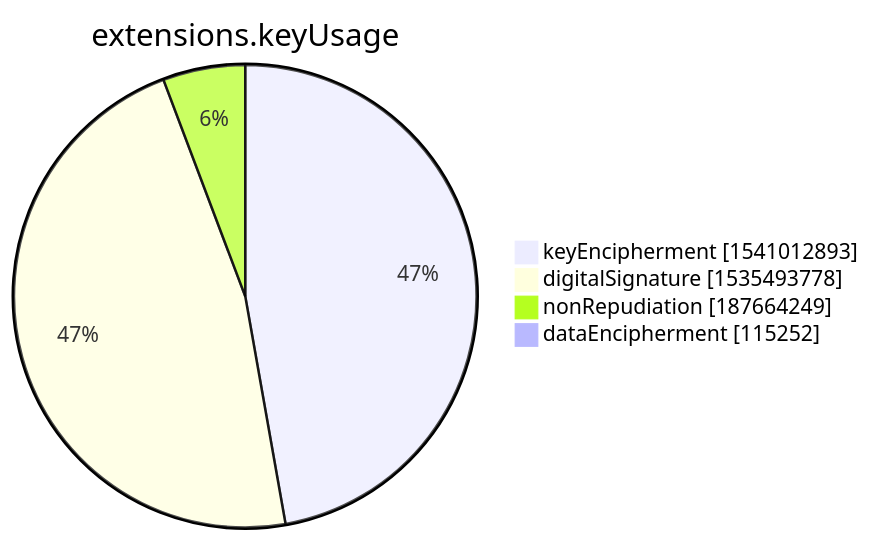
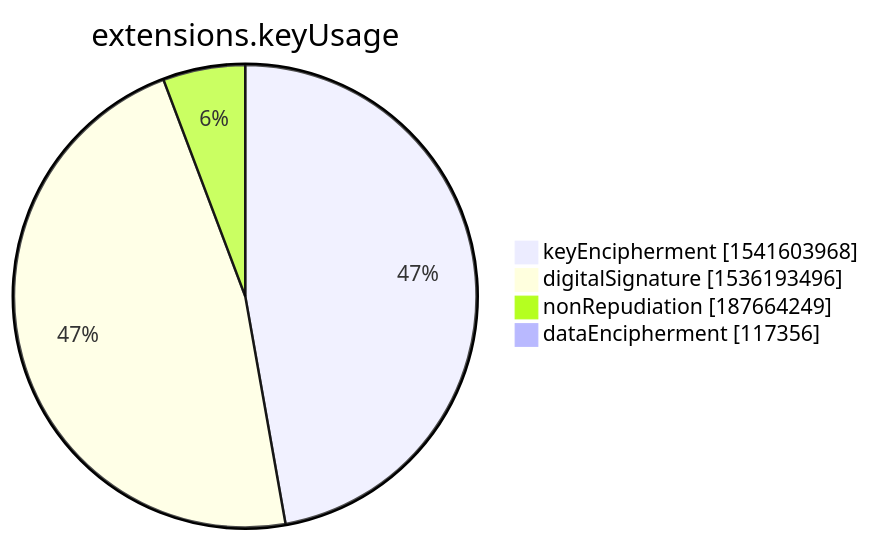
The seventh of 15 diagrams in xenon2022/README.md (christiankrug/ctmonitor_visualization), drawn with Mermaid before and after one commit. The commit also changed other lines of this file, not shown here.

````diff
--- a/xenon2022/README.md
+++ b/xenon2022/README.md
@@ -2849,8 +2849,8 @@
 ```mermaid
 pie showData
 title extensions.keyUsage
-"keyEncipherment" :1541012893
-"digitalSignature" :1535493778
+"keyEncipherment" :1541603968
+"digitalSignature" :1536193496
 "nonRepudiation" :187664249
-"dataEncipherment" :115252
+"dataEncipherment" :117356
 ```
````
